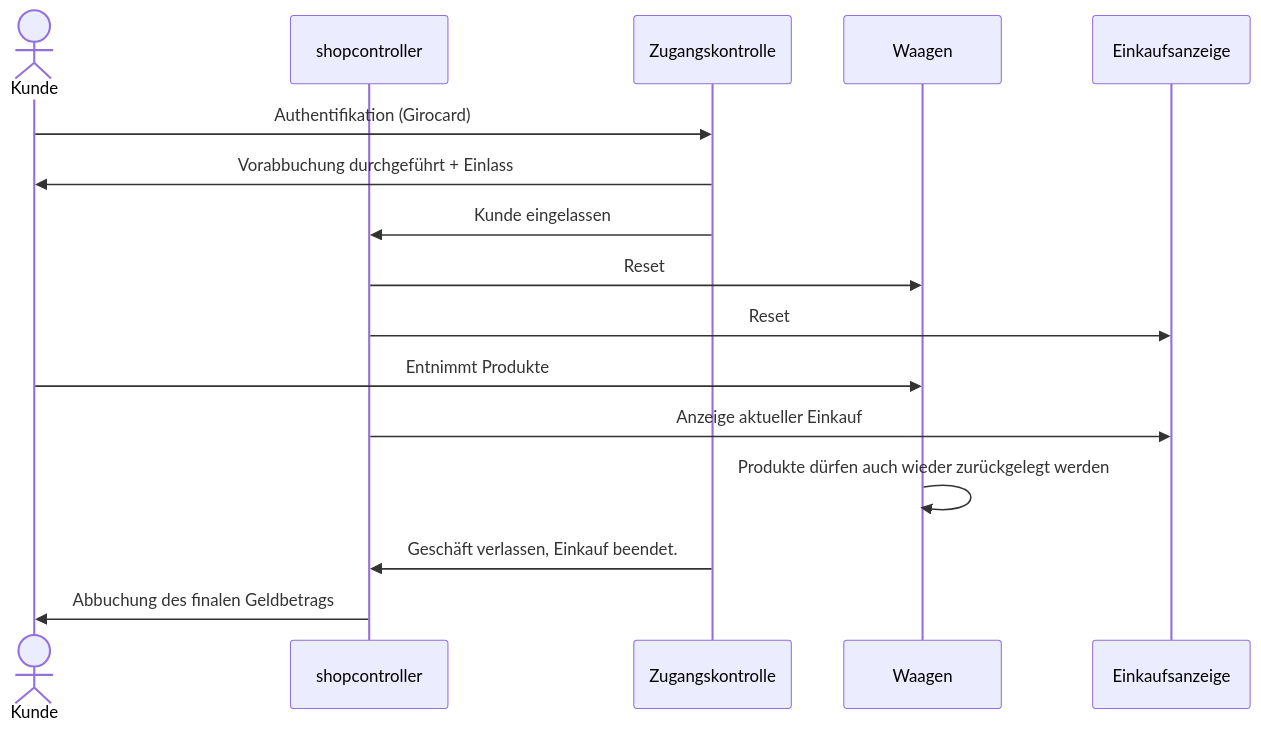
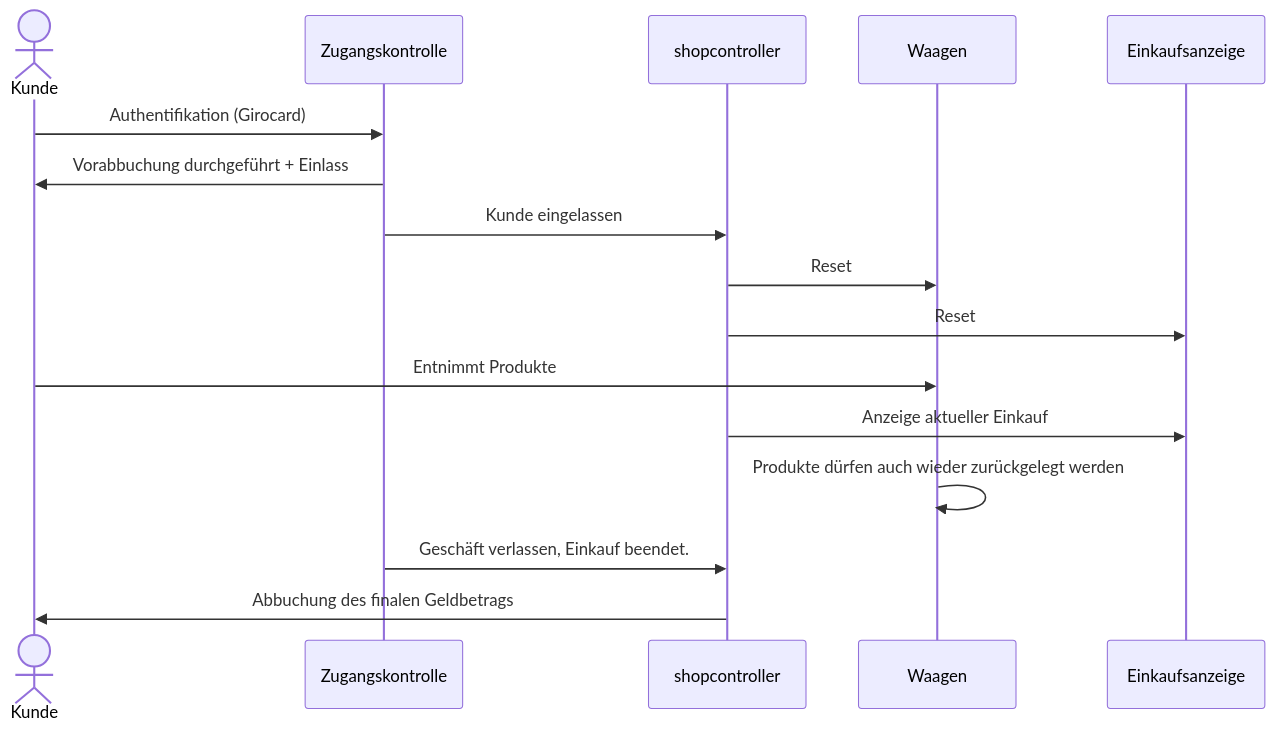
The first of 2 diagrams in ablauf.md (pbotte/zeitlos), drawn with Mermaid before and after one commit. The commit also changed other lines of this file, not shown here.

````diff
--- a/ablauf.md
+++ b/ablauf.md
@@ -3,18 +3,18 @@
 ```mermaid
 sequenceDiagram
     actor Kunde
+    participant Zugangskontrolle
     participant shopcontroller
-    participant Zugangskontrolle
     participant Waagen
     participant Einkaufsanzeige
     Kunde->>Zugangskontrolle: Authentifikation (Girocard)
     Zugangskontrolle->>Kunde: Vorabbuchung durchgeführt + Einlass
     Zugangskontrolle->>shopcontroller: Kunde eingelassen
     shopcontroller->>Waagen: Reset
     shopcontroller->>Einkaufsanzeige: Reset
     Kunde->>Waagen: Entnimmt Produkte
     shopcontroller->>Einkaufsanzeige: Anzeige aktueller Einkauf
     Waagen->>Waagen: Produkte dürfen auch wieder zurückgelegt werden
     Zugangskontrolle->>shopcontroller: Geschäft verlassen, Einkauf beendet.
     shopcontroller->>Kunde: Abbuchung des finalen Geldbetrags
 ```
````
